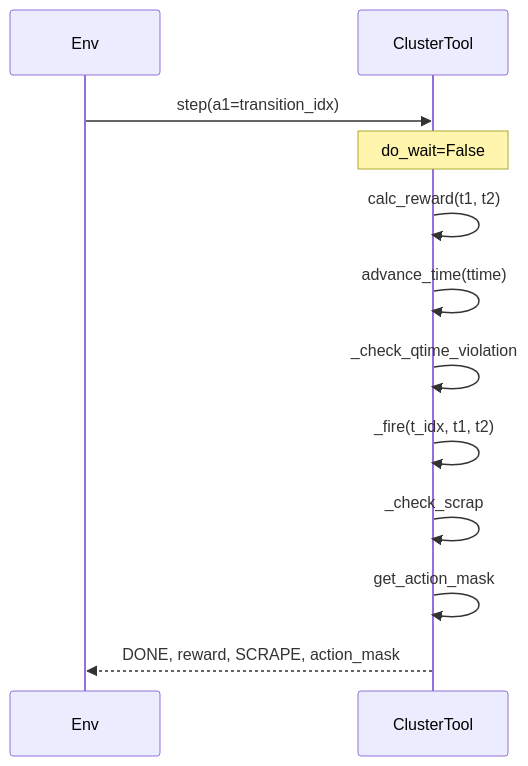
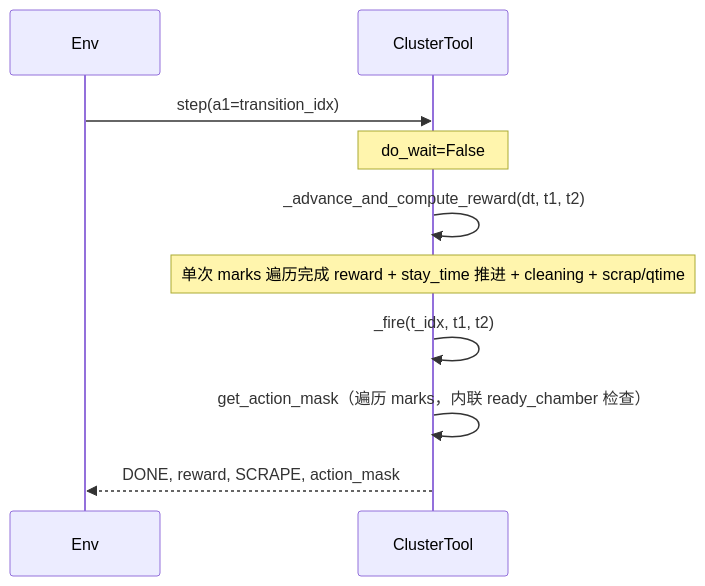
One commit to wikyzhibo/CT changed the fourth of 8 diagrams in docs/架构.md. Above: the diagram before and after it, drawn with Mermaid. The commit also changed other lines of this file and 2 other files, not shown here.

Commit message:
重构advance+reward

````diff
--- a/docs/架构.md
+++ b/docs/架构.md
@@ -173,15 +173,13 @@
 ```mermaid
 sequenceDiagram
     participant Env
     participant ClusterTool
 
     Env->>ClusterTool: step(a1=transition_idx)
     Note over ClusterTool: do_wait=False
-    ClusterTool->>ClusterTool: calc_reward(t1, t2)
-    ClusterTool->>ClusterTool: advance_time(ttime)
-    ClusterTool->>ClusterTool: _check_qtime_violation
+    ClusterTool->>ClusterTool: _advance_and_compute_reward(dt, t1, t2)
+    Note over ClusterTool: 单次 marks 遍历完成 reward + stay_time 推进 + cleaning + scrap/qtime
     ClusterTool->>ClusterTool: _fire(t_idx, t1, t2)
-    ClusterTool->>ClusterTool: _check_scrap
-    ClusterTool->>ClusterTool: get_action_mask
+    ClusterTool->>ClusterTool: get_action_mask（遍历 marks，内联 ready_chamber 检查）
     ClusterTool-->>Env: DONE, reward, SCRAPE, action_mask
 ```
````
